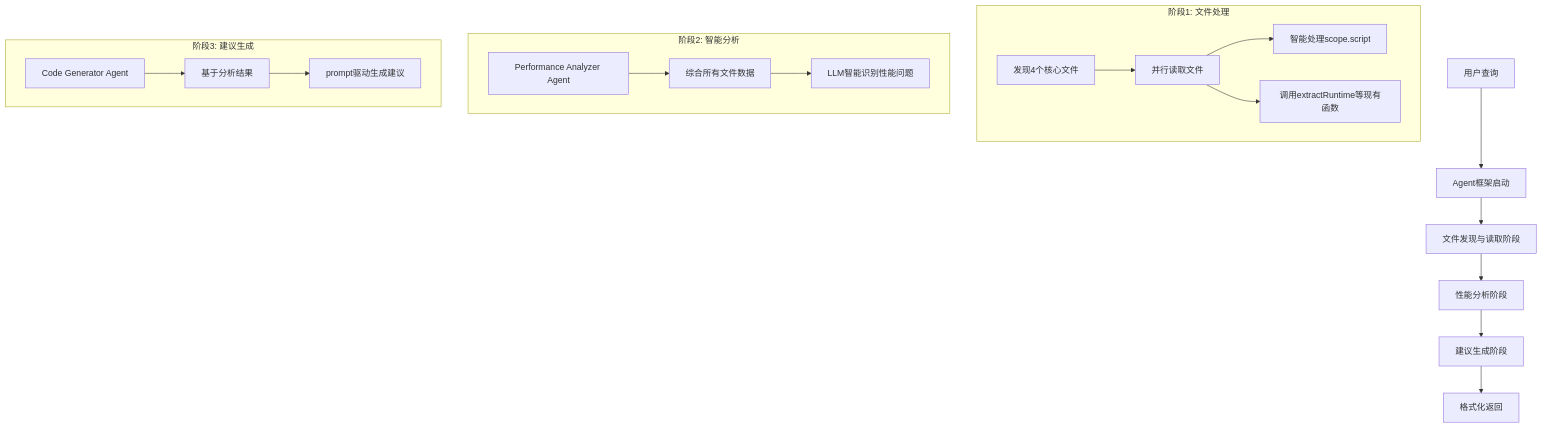
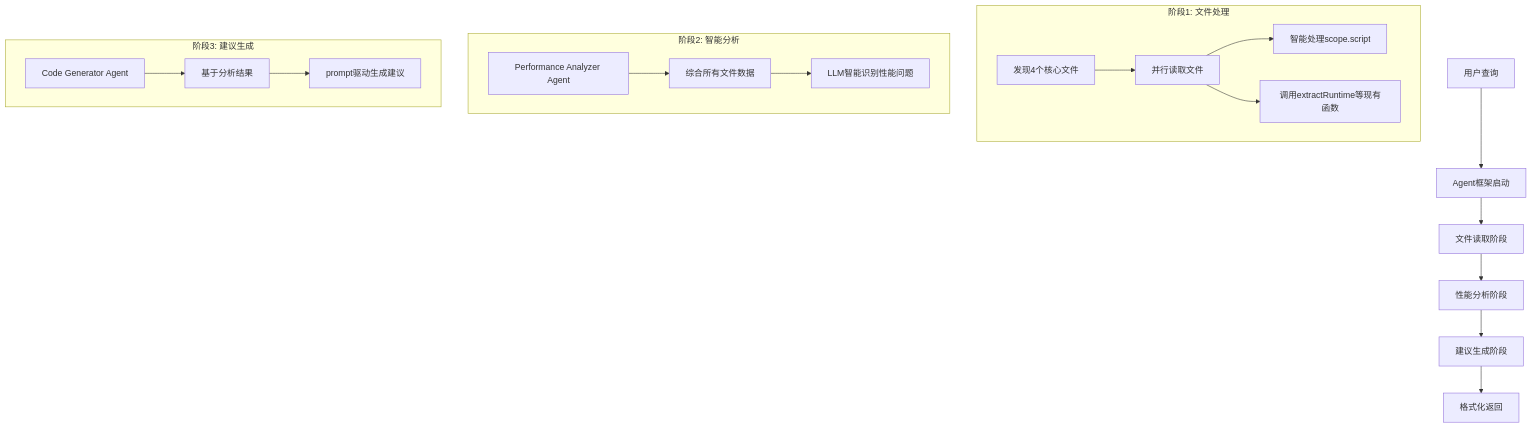
The diagram in SCOPE_AI_Agent_Framework_Design.md (Feihongzhu/ScopeAgent), drawn with Mermaid before and after one commit. The commit also changed other lines of this file and 17 other files, not shown here.

````diff
--- a/SCOPE_AI_Agent_Framework_Design.md
+++ b/SCOPE_AI_Agent_Framework_Design.md
@@ -446,24 +384,24 @@
 ```mermaid
 graph TD
     A[用户查询] --> B[Agent框架启动]
-    B --> C[文件发现与读取阶段]
+    B --> C[文件读取阶段]
     C --> D[性能分析阶段]  
     D --> E[建议生成阶段]
     E --> F[格式化返回]
     
     subgraph "阶段1: 文件处理"
     C1[发现4个核心文件] --> C2[并行读取文件]
     C2 --> C3[智能处理scope.script]
     C2 --> C4[调用extractRuntime等现有函数]
     end
     
     subgraph "阶段2: 智能分析"
     D1[Performance Analyzer Agent] --> D2[综合所有文件数据]
     D2 --> D3[LLM智能识别性能问题]
     end
     
     subgraph "阶段3: 建议生成"
     E1[Code Generator Agent] --> E2[基于分析结果]
     E2 --> E3[prompt驱动生成建议]
     end
 ```
````
